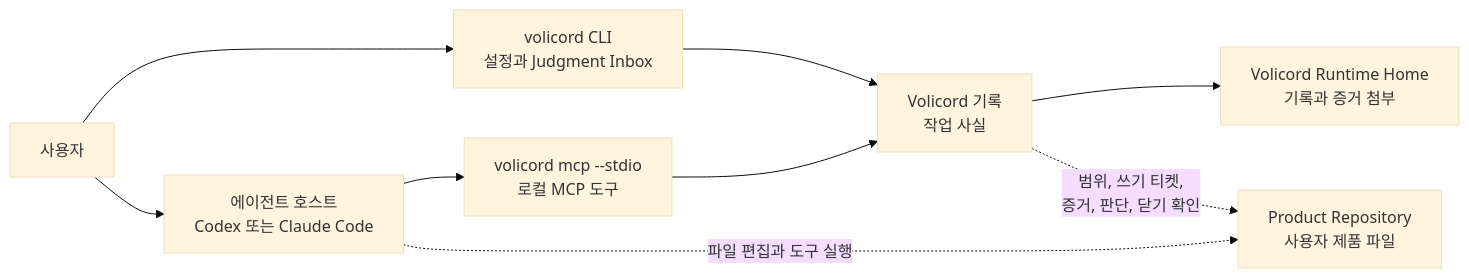
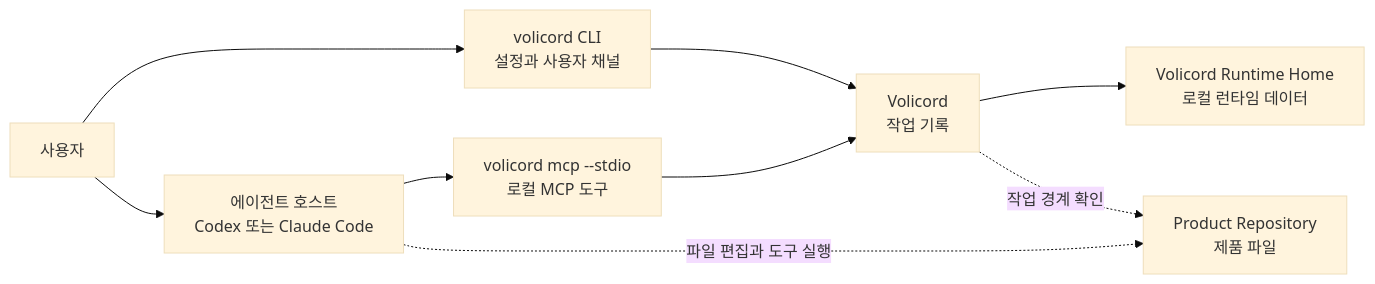
One commit to minjungw00/Volicord changed the first of 2 diagrams in README.ko.md. Above: the diagram before and after it, drawn with Mermaid (base theme). The commit also changed other lines of this file and 5 other files, not shown here.

````diff
--- a/README.ko.md
+++ b/README.ko.md
@@ -279,19 +122,19 @@
 ```mermaid
 flowchart LR
   user["사용자"]
   host["에이전트 호스트<br/>Codex 또는 Claude Code"]
   mcp["volicord mcp --stdio<br/>로컬 MCP 도구"]
-  record["Volicord 기록<br/>작업 사실"]
-  runtime["Volicord Runtime Home<br/>기록과 증거 첨부"]
-  repo["Product Repository<br/>사용자 제품 파일"]
-  cli["volicord CLI<br/>설정과 Judgment Inbox"]
+  record["Volicord<br/>작업 기록"]
+  runtime["Volicord Runtime Home<br/>로컬 런타임 데이터"]
+  repo["Product Repository<br/>제품 파일"]
+  cli["volicord CLI<br/>설정과 사용자 채널"]
 
   user --> host
   host --> mcp
   mcp --> record
   record --> runtime
   user --> cli
   cli --> record
   host -. 파일 편집과 도구 실행 .-> repo
-  record -. 범위, 쓰기 티켓,<br/>증거, 판단, 닫기 확인 .-> repo
+  record -. 작업 경계 확인 .-> repo
 ```
````
